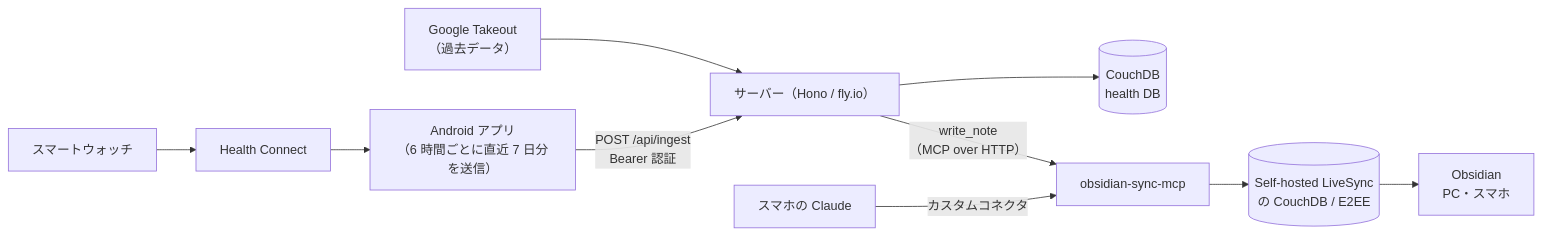
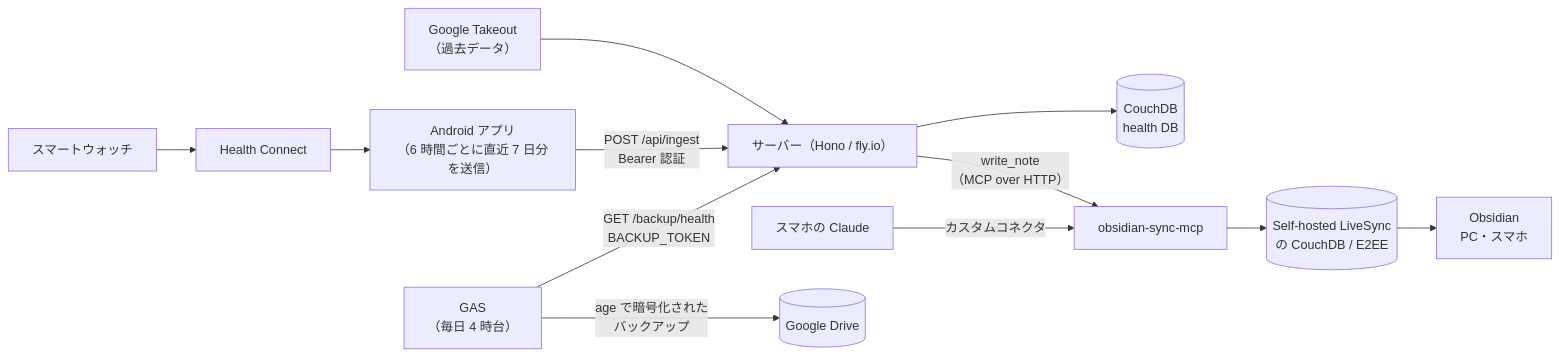
Before and after one commit to aomomo55/sync-google-health-api: the diagram in README.md, drawn with Mermaid. The commit also changed other lines of this file and 3 other files, not shown here.

````diff
--- a/README.md
+++ b/README.md
@@ -10,12 +10,14 @@
 ```mermaid
 flowchart LR
     W[スマートウォッチ] --> HC[Health Connect]
     HC --> A["Android アプリ<br/>（6 時間ごとに直近 7 日分を送信）"]
     T[Google Takeout<br/>（過去データ）] --> S
     A -- "POST /api/ingest<br/>Bearer 認証" --> S["サーバー（Hono / fly.io）"]
     S --> DB[(CouchDB<br/>health DB)]
     S -- "write_note<br/>（MCP over HTTP）" --> M[obsidian-sync-mcp]
     M --> V[(Self-hosted LiveSync<br/>の CouchDB / E2EE)]
     V --> O[Obsidian<br/>PC・スマホ]
     C[スマホの Claude] -- カスタムコネクタ --> M
+    G["GAS<br/>（毎日 4 時台）"] -- "GET /backup/health<br/>BACKUP_TOKEN" --> S
+    G -- "age で暗号化された<br/>バックアップ" --> D[(Google Drive)]
 ```
````
